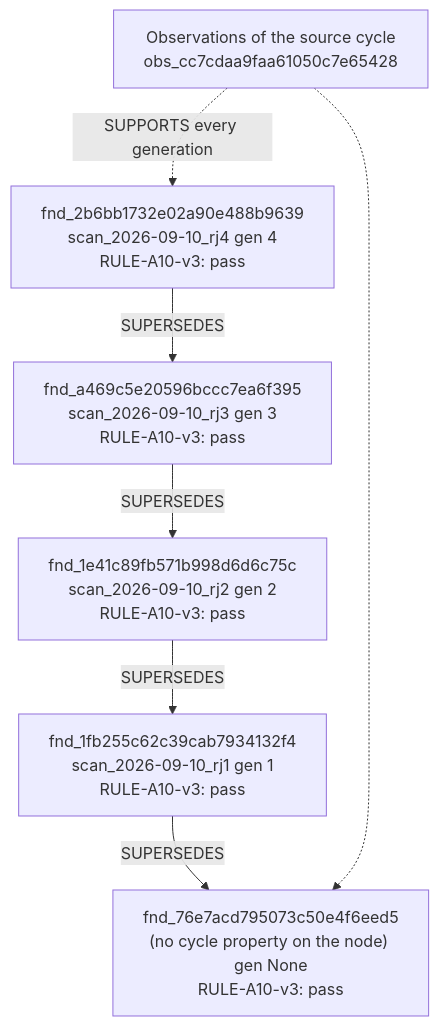
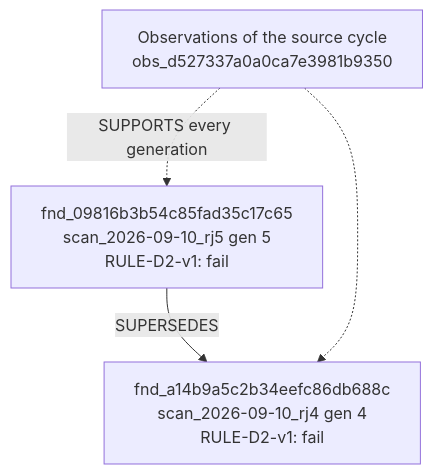
Before and after one commit to brockwebb/ai-readiness-kg: the fourth of 4 diagrams in docs/brief/E_architecture.md, drawn with Mermaid. The commit also changed other lines of this file and 187 other files, not shown here.

````diff
--- a/docs/brief/E_architecture.md
+++ b/docs/brief/E_architecture.md
@@ -117,15 +117,9 @@
 ```mermaid
 flowchart TB
-  g0["fnd_2b6bb1732e02a90e488b9639<br/>scan_2026-09-10_rj4 gen 4<br/>RULE-A10-v3: pass"]
-  g1["fnd_a469c5e20596bccc7ea6f395<br/>scan_2026-09-10_rj3 gen 3<br/>RULE-A10-v3: pass"]
+  g0["fnd_09816b3b54c85fad35c17c65<br/>scan_2026-09-10_rj5 gen 5<br/>RULE-D2-v1: fail"]
+  g1["fnd_a14b9a5c2b34eefc86db688c<br/>scan_2026-09-10_rj4 gen 4<br/>RULE-D2-v1: fail"]
   g0 -- SUPERSEDES --> g1
-  g2["fnd_1e41c89fb571b998d6d6c75c<br/>scan_2026-09-10_rj2 gen 2<br/>RULE-A10-v3: pass"]
-  g1 -- SUPERSEDES --> g2
-  g3["fnd_1fb255c62c39cab7934132f4<br/>scan_2026-09-10_rj1 gen 1<br/>RULE-A10-v3: pass"]
-  g2 -- SUPERSEDES --> g3
-  g4["fnd_76e7acd795073c50e4f6eed5<br/>(no cycle property on the node) gen None<br/>RULE-A10-v3: pass"]
-  g3 -- SUPERSEDES --> g4
-  obs["Observations of the source cycle<br/>obs_cc7cdaa9faa61050c7e65428"]
+  obs["Observations of the source cycle<br/>obs_d527337a0a0ca7e3981b9350"]
   obs -. SUPPORTS every generation .-> g0
-  obs -.-> g4
+  obs -.-> g1
 ```
````
